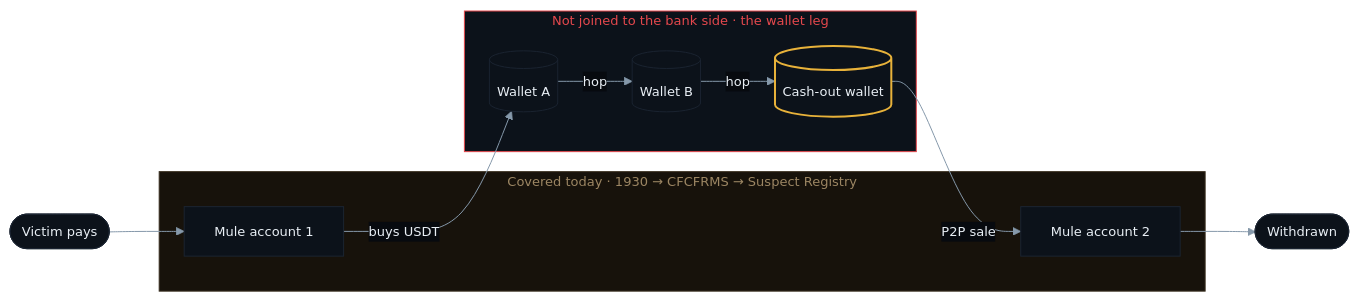
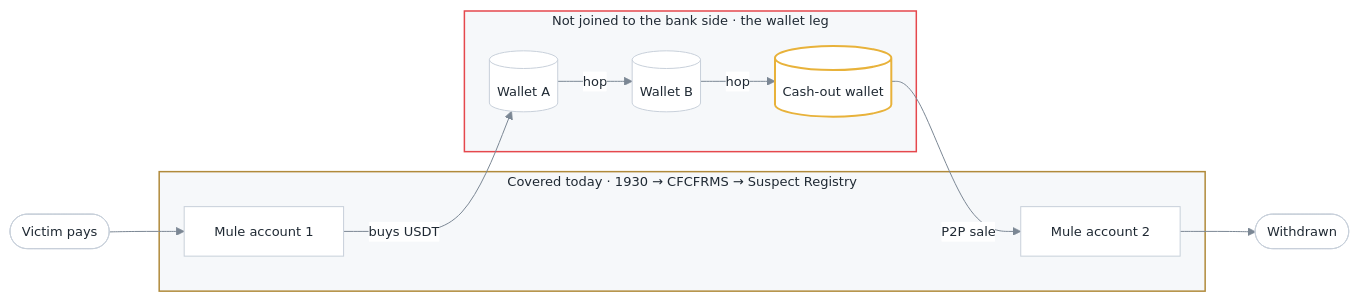
The first of 3 diagrams in README.md (uttampreet-dev/OFFRAMP), drawn with Mermaid before and after one commit. The commit also changed other lines of this file and 1 other file, not shown here.

Commit message:
README architecture section with project tree

````diff
--- a/README.md
+++ b/README.md
@@ -54,24 +54,24 @@
 ```mermaid
-%%{init: {"theme": "base", "themeVariables": {"fontFamily": "ui-monospace, Menlo, Consolas, monospace", "fontSize": "13px", "primaryColor": "#0c121a", "primaryTextColor": "#e9eff5", "primaryBorderColor": "#1b2431", "lineColor": "#8598aa", "secondaryColor": "#17120b", "tertiaryColor": "#0e141d", "clusterBkg": "#070a0f", "clusterBorder": "#1b2431", "edgeLabelBackground": "#070a0f"}}}%%
+%%{init: {"theme": "base", "themeVariables": {"fontFamily": "ui-monospace, Menlo, Consolas, monospace", "fontSize": "13px", "primaryColor": "#ffffff", "primaryTextColor": "#1f2933", "primaryBorderColor": "#c8d0da", "lineColor": "#7b8794", "secondaryColor": "#ffffff", "tertiaryColor": "#ffffff", "clusterBkg": "#f6f8fa", "clusterBorder": "#d0d7de", "titleColor": "#1f2933", "edgeLabelBackground": "#ffffff", "noteBkgColor": "#fff8e6", "noteBorderColor": "#e8b23a", "noteTextColor": "#1f2933"}}}%%
 flowchart LR
   V([Victim pays]) --> M1[Mule account 1]
   M1 -->|buys USDT| W1[(Wallet A)]
   W1 -->|hop| W2[(Wallet B)]
   W2 -->|hop| W3[(Cash-out wallet)]
   W3 -->|P2P sale| M2[Mule account 2]
   M2 --> ATM([Withdrawn])
 
   subgraph covered["Covered today · 1930 → CFCFRMS → Suspect Registry"]
     M1
     M2
   end
   subgraph gap["Not joined to the bank side · the wallet leg"]
     W1
     W2
     W3
   end
 
-  style covered fill:#17120b,stroke:#3a2f20,color:#9c8663
-  style gap fill:#0c121a,stroke:#e5484d,color:#e5484d
+  style covered stroke:#b08a3a,stroke-width:1.5px
+  style gap stroke:#e5484d,stroke-width:1.5px
   style W3 stroke:#e8b23a,stroke-width:2px
 ```
````
